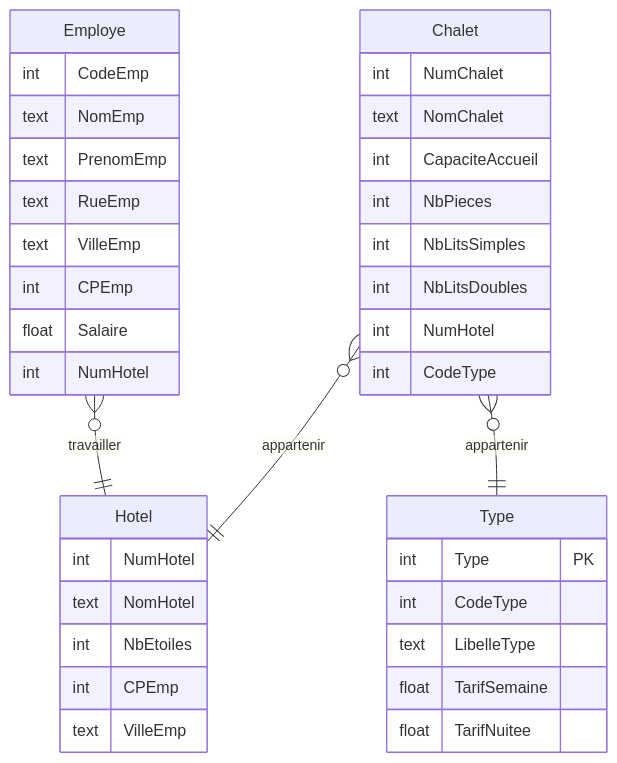
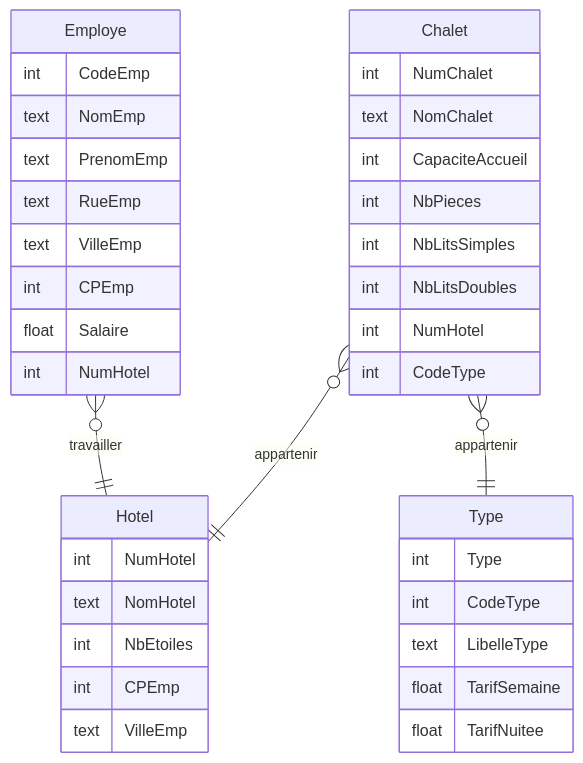
The diagram in db/exercices/chalets/README.md (fxpar/SQLpratique), drawn with Mermaid before and after one commit.

````diff
--- a/db/exercices/chalets/README.md
+++ b/db/exercices/chalets/README.md
@@ -9,40 +9,40 @@
 ```mermaid
 erDiagram
     Chalet }o--|| Hotel : appartenir
 	Chalet }o--|| Type : appartenir
     Chalet {
 			int NumChalet
 			text NomChalet
 			int CapaciteAccueil
 			int NbPieces
 			int NbLitsSimples
 			int NbLitsDoubles
 			int NumHotel
 			int CodeType
     }
     Employe }o--|| Hotel : travailler
     Employe {
 			int CodeEmp
 			text NomEmp
 			text PrenomEmp
 			text RueEmp
 			text VilleEmp
 			int CPEmp
 			float Salaire
 			int NumHotel
     }
     Hotel {
 			int NumHotel
 			text NomHotel
 			int NbEtoiles
 			int CPEmp
 			text VilleEmp
     }
 	Type {
-			int Type PK
+			int Type
 			int CodeType
 			text LibelleType
 			float TarifSemaine
 			float TarifNuitee
     }
 ```
````
